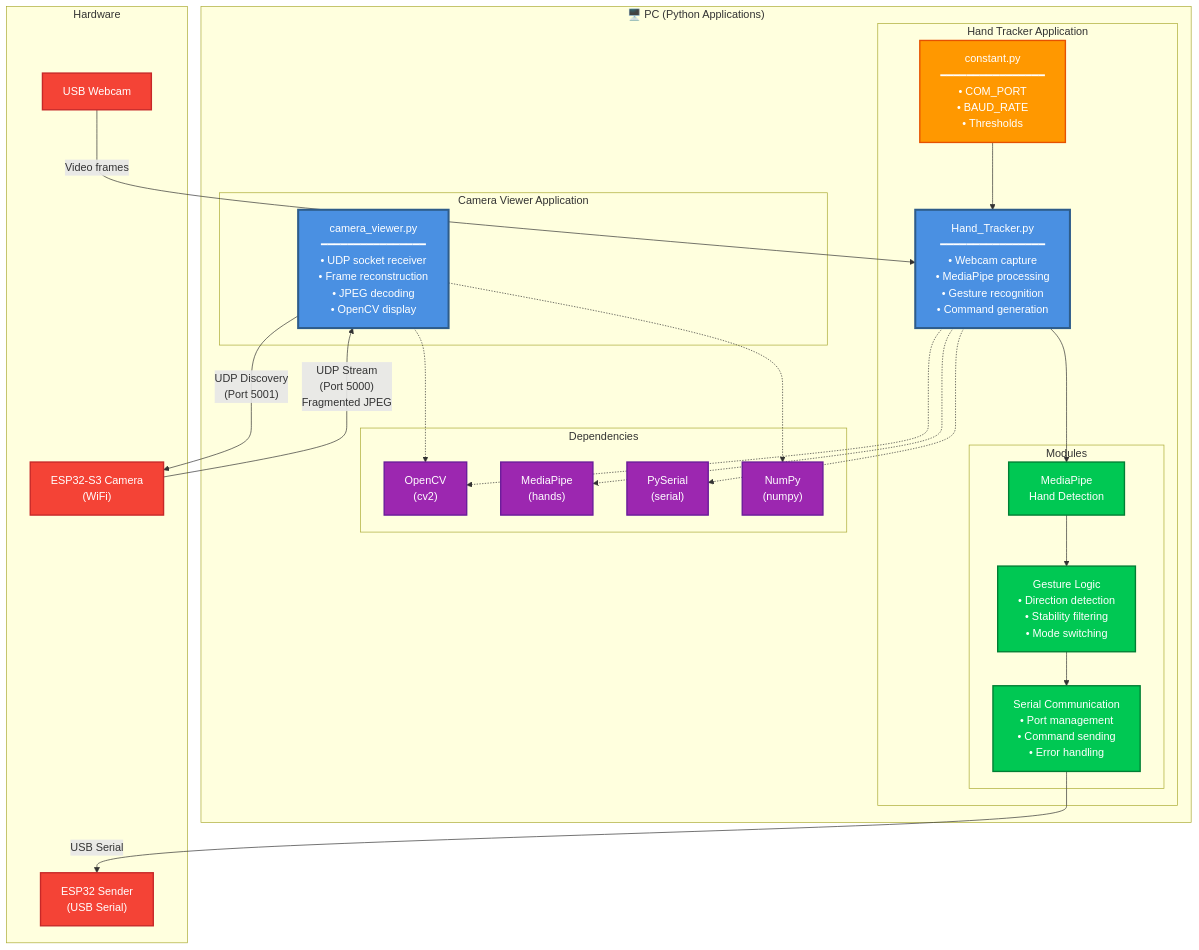
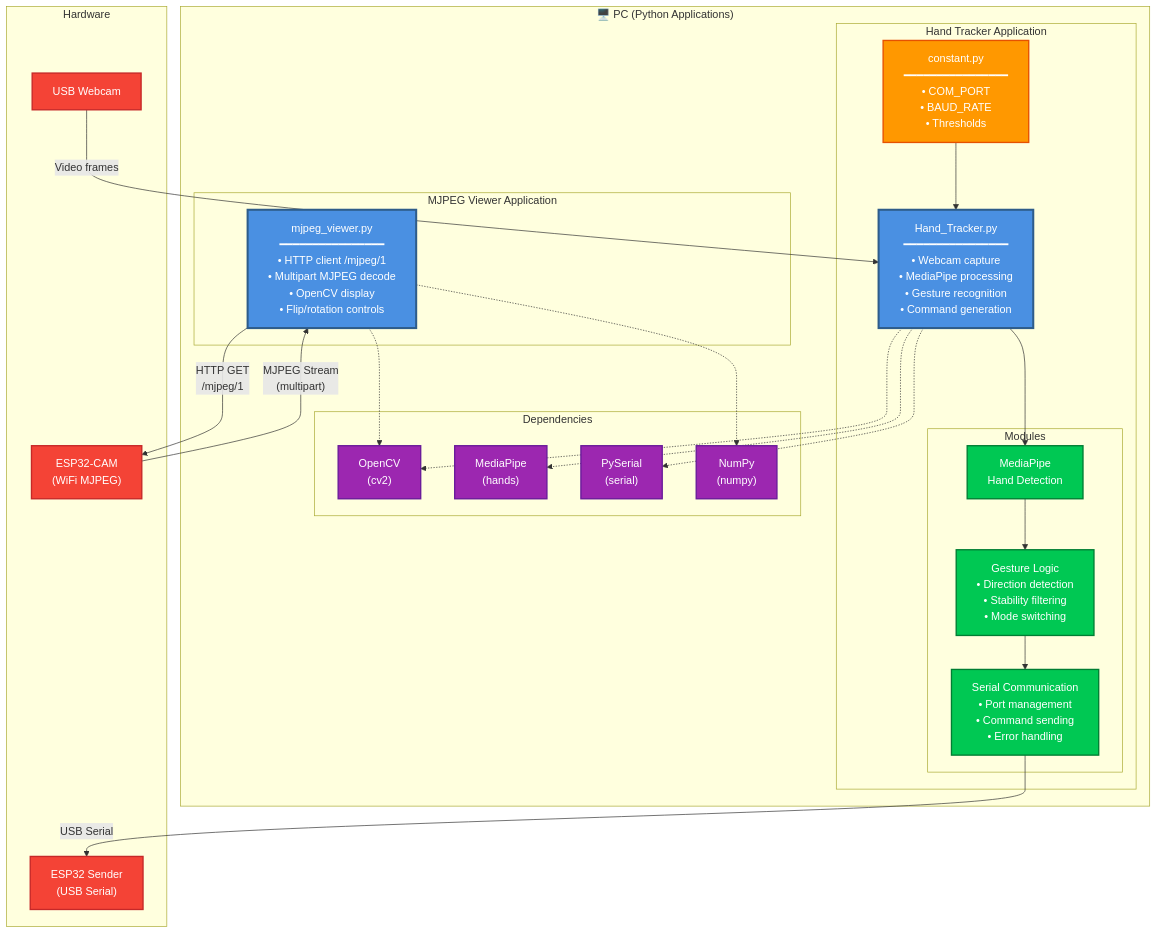
The first of 3 diagrams in docs/architecture/3-architecture-pc-hand-tracking-camera.md (Yaniv23/final-project-gesture-car), drawn with Mermaid before and after one commit. The commit also changed other lines of this file and 20 other files, not shown here.

````diff
--- a/docs/architecture/3-architecture-pc-hand-tracking-camera.md
+++ b/docs/architecture/3-architecture-pc-hand-tracking-camera.md
@@ -12,61 +12,61 @@
 ```mermaid
 graph TB
     subgraph PC["🖥️ PC (Python Applications)"]
         subgraph HandTrackingApp["Hand Tracker Application"]
             HandTracker["Hand_Tracker.py<br/>━━━━━━━━━━━━━━━━<br/>• Webcam capture<br/>• MediaPipe processing<br/>• Gesture recognition<br/>• Command generation"]
             
             subgraph HandTrackingModules["Modules"]
                 MediaPipeModule["MediaPipe<br/>Hand Detection"]
                 GestureLogic["Gesture Logic<br/>• Direction detection<br/>• Stability filtering<br/>• Mode switching"]
                 SerialComm["Serial Communication<br/>• Port management<br/>• Command sending<br/>• Error handling"]
             end
             
             Config["constant.py<br/>━━━━━━━━━━━━━━━━<br/>• COM_PORT<br/>• BAUD_RATE<br/>• Thresholds"]
         end
         
-        subgraph CameraApp["Camera Viewer Application"]
-            CameraViewer["camera_viewer.py<br/>━━━━━━━━━━━━━━━━<br/>• UDP socket receiver<br/>• Frame reconstruction<br/>• JPEG decoding<br/>• OpenCV display"]
+        subgraph CameraApp["MJPEG Viewer Application"]
+            CameraViewer["mjpeg_viewer.py<br/>━━━━━━━━━━━━━━━━<br/>• HTTP client /mjpeg/1<br/>• Multipart MJPEG decode<br/>• OpenCV display<br/>• Flip/rotation controls"]
         end
         
         subgraph Dependencies["Dependencies"]
             OpenCV["OpenCV<br/>(cv2)"]
             MediaPipeLib["MediaPipe<br/>(hands)"]
             PySerial["PySerial<br/>(serial)"]
             NumPy["NumPy<br/>(numpy)"]
         end
     end
     
     subgraph Hardware["Hardware"]
         Webcam["USB Webcam"]
         ESP32Sender["ESP32 Sender<br/>(USB Serial)"]
-        ESP32Camera["ESP32-S3 Camera<br/>(WiFi)"]
+        ESP32Camera["ESP32-CAM<br/>(WiFi MJPEG)"]
     end
     
     Webcam -->|"Video frames"| HandTracker
     HandTracker --> MediaPipeModule
     MediaPipeModule --> GestureLogic
     GestureLogic --> SerialComm
     SerialComm -->|"USB Serial"| ESP32Sender
     Config --> HandTracker
     
-    CameraViewer -->|"UDP Discovery<br/>(Port 5001)"| ESP32Camera
-    ESP32Camera -->|"UDP Stream<br/>(Port 5000)<br/>Fragmented JPEG"| CameraViewer
+    CameraViewer -->|"HTTP GET<br/>/mjpeg/1"| ESP32Camera
+    ESP32Camera -->|"MJPEG Stream<br/>(multipart)"| CameraViewer
     
     HandTracker -.-> OpenCV
     HandTracker -.-> MediaPipeLib
     HandTracker -.-> PySerial
     CameraViewer -.-> OpenCV
     CameraViewer -.-> NumPy
     
     classDef app fill:#4A90E2,stroke:#2E5C8A,stroke-width:3px,color:#fff
     classDef module fill:#00C853,stroke:#007E33,stroke-width:2px,color:#fff
     classDef config fill:#FF9800,stroke:#E65100,stroke-width:2px,color:#fff
     classDef dep fill:#9C27B0,stroke:#6A1B9A,stroke-width:2px,color:#fff
     classDef hw fill:#F44336,stroke:#C62828,stroke-width:2px,color:#fff
     
     class HandTracker,CameraViewer app
     class MediaPipeModule,GestureLogic,SerialComm module
     class Config config
     class OpenCV,MediaPipeLib,PySerial,NumPy dep
     class Webcam,ESP32Sender,ESP32Camera hw
 ```
````
